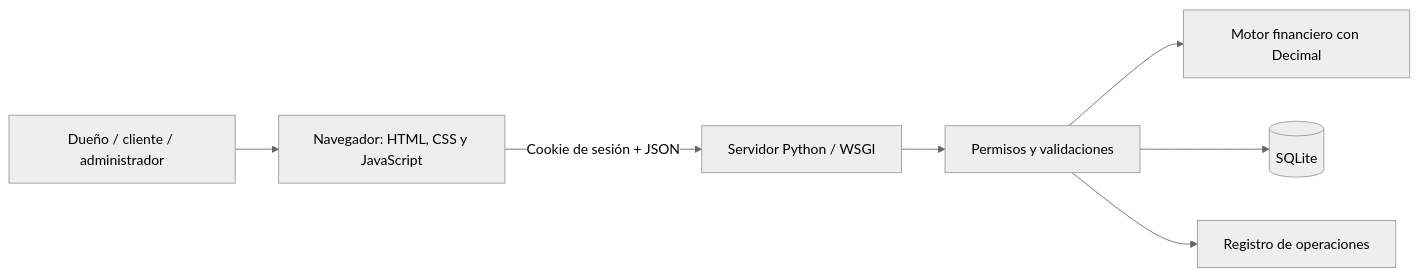
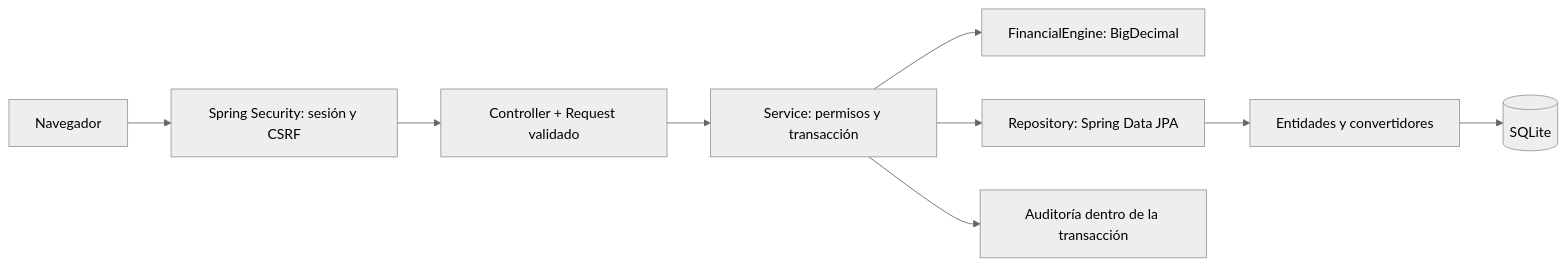
Before and after one commit to Juan2246/Trabajo-Final-Finanzas-: the diagram in docs/ARQUITECTURA.md, drawn with Mermaid (neutral theme). The commit also changed other lines of this file and 151 other files, not shown here.

````diff
--- a/docs/ARQUITECTURA.md
+++ b/docs/ARQUITECTURA.md
@@ -7,9 +7,11 @@
 ```mermaid
 flowchart LR
-    U[Dueño / cliente / administrador] --> B[Navegador: HTML, CSS y JavaScript]
-    B -->|Cookie de sesión + JSON| S[Servidor Python / WSGI]
-    S --> P[Permisos y validaciones]
-    P --> F[Motor financiero con Decimal]
-    P --> D[(SQLite)]
-    P --> A[Registro de operaciones]
+    B[Navegador] --> S[Spring Security: sesión y CSRF]
+    S --> C[Controller + Request validado]
+    C --> V[Service: permisos y transacción]
+    V --> F[FinancialEngine: BigDecimal]
+    V --> R[Repository: Spring Data JPA]
+    R --> E[Entidades y convertidores]
+    E --> D[(SQLite)]
+    V --> A[Auditoría dentro de la transacción]
 ```
````
